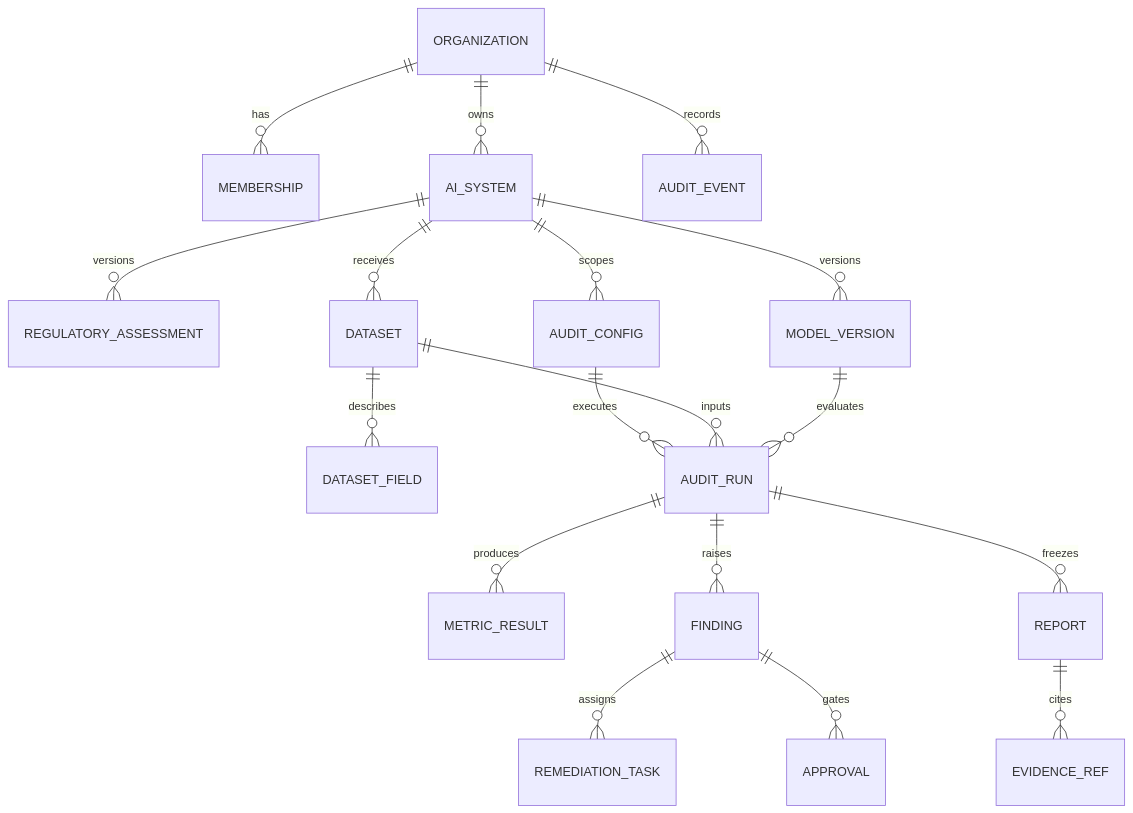
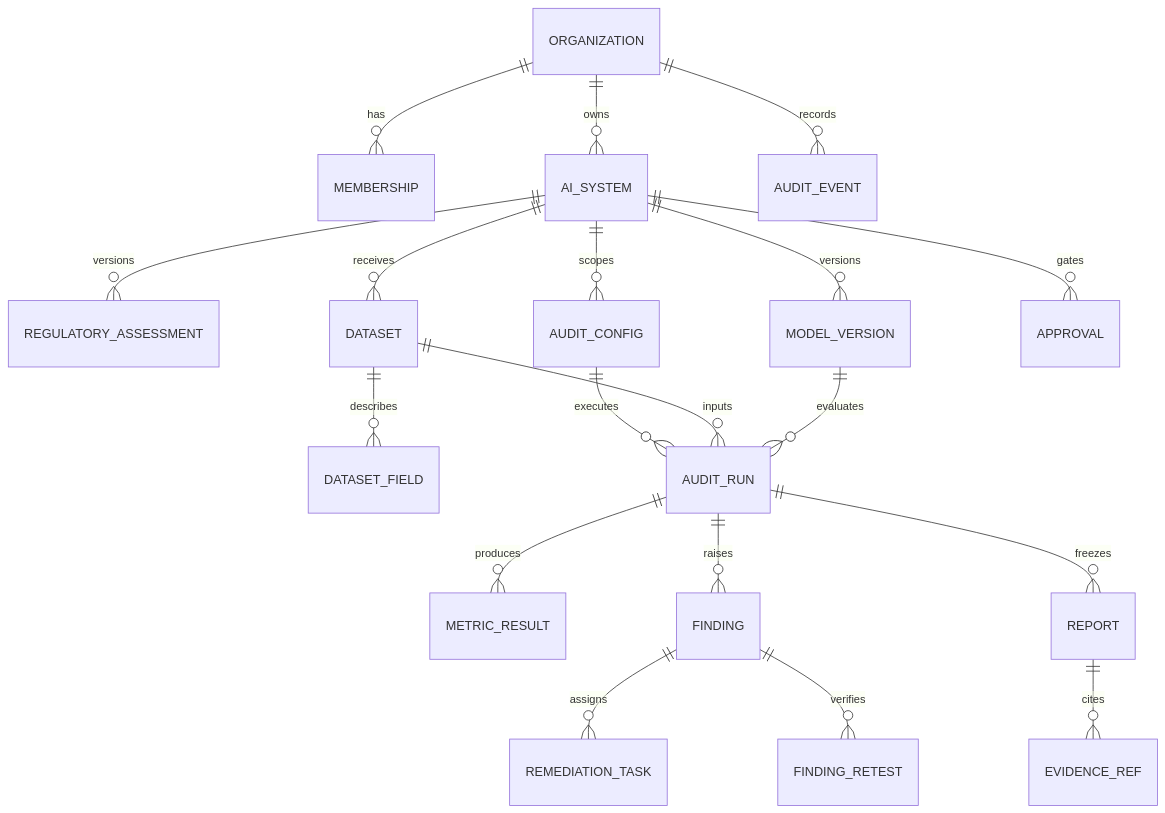
One commit to AringaRosa9/FairHire-AI changed the second of 2 diagrams in docs/architecture.md. Above: the diagram before and after it, drawn with Mermaid. The commit also changed other lines of this file and 29 other files, not shown here.

````diff
--- a/docs/architecture.md
+++ b/docs/architecture.md
@@ -25,20 +25,21 @@
 ```mermaid
 erDiagram
     ORGANIZATION ||--o{ MEMBERSHIP : has
     ORGANIZATION ||--o{ AI_SYSTEM : owns
     AI_SYSTEM ||--o{ REGULATORY_ASSESSMENT : versions
     AI_SYSTEM ||--o{ MODEL_VERSION : versions
     AI_SYSTEM ||--o{ DATASET : receives
     DATASET ||--o{ DATASET_FIELD : describes
     AI_SYSTEM ||--o{ AUDIT_CONFIG : scopes
     AUDIT_CONFIG ||--o{ AUDIT_RUN : executes
     DATASET ||--o{ AUDIT_RUN : inputs
     MODEL_VERSION ||--o{ AUDIT_RUN : evaluates
     AUDIT_RUN ||--o{ METRIC_RESULT : produces
     AUDIT_RUN ||--o{ FINDING : raises
     FINDING ||--o{ REMEDIATION_TASK : assigns
-    FINDING ||--o{ APPROVAL : gates
+    FINDING ||--o{ FINDING_RETEST : verifies
+    AI_SYSTEM ||--o{ APPROVAL : gates
     AUDIT_RUN ||--o{ REPORT : freezes
     REPORT ||--o{ EVIDENCE_REF : cites
     ORGANIZATION ||--o{ AUDIT_EVENT : records
 ```
````
